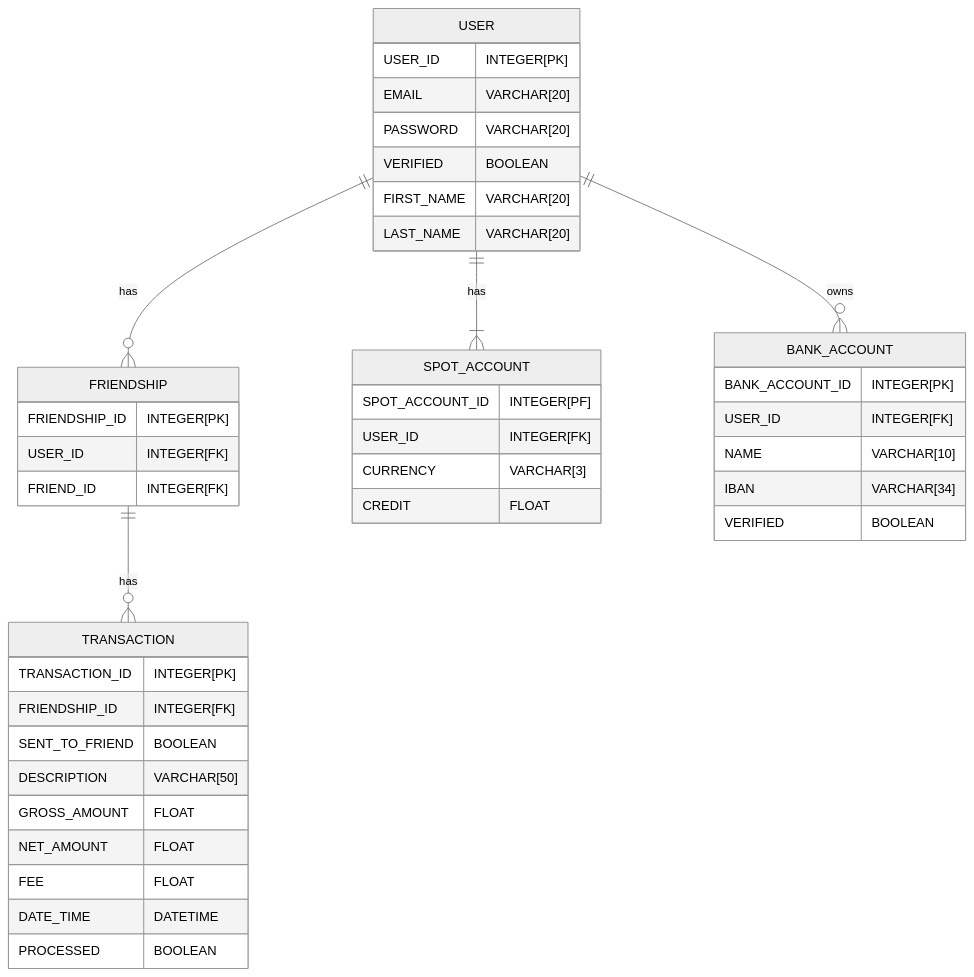
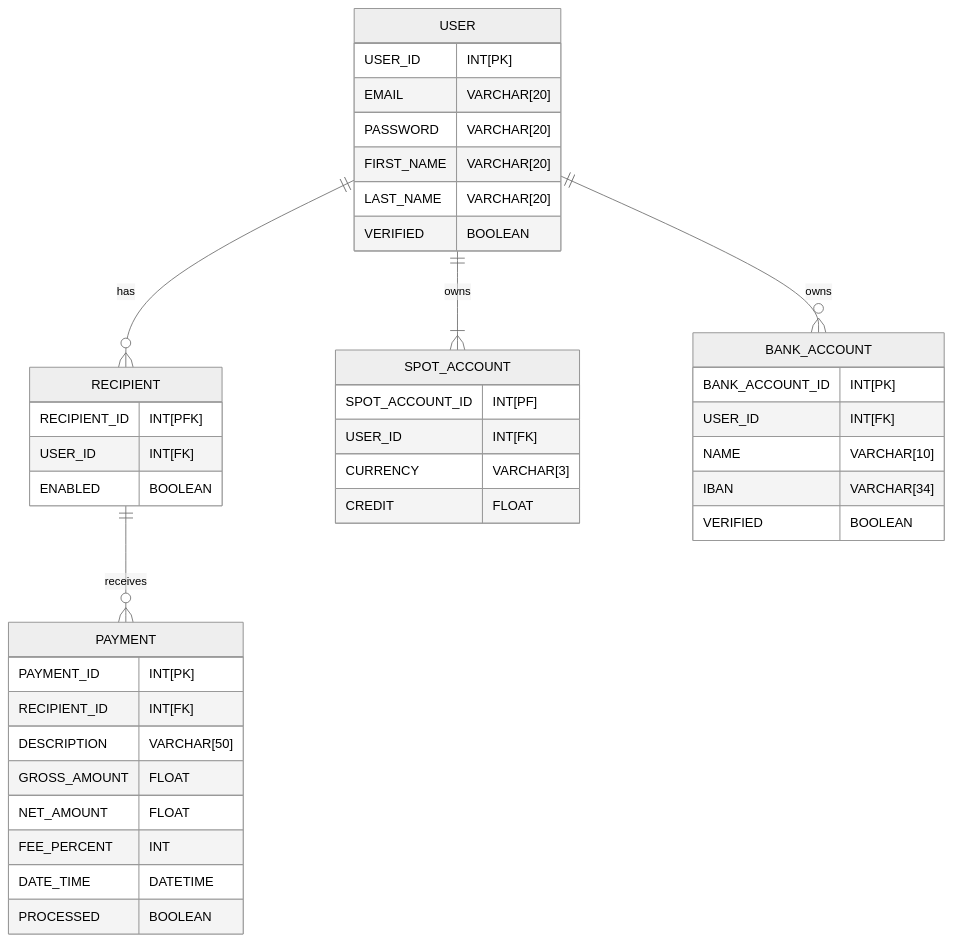
The second of 2 diagrams in README.md (mactepluke/pmb), drawn with Mermaid (neutral theme) before and after one commit. The commit also changed 13 other files, not shown here.

````diff
--- a/README.md
+++ b/README.md
@@ -51,47 +51,46 @@
 ```mermaid
 erDiagram
-    USER ||--o{ FRIENDSHIP : has
-    USER ||--|{ SPOT_ACCOUNT : has
-    FRIENDSHIP ||--o{ TRANSACTION : has
+    USER ||--o{ RECIPIENT : "has"
+    USER ||--|{ SPOT_ACCOUNT : owns
+    RECIPIENT ||--o{ PAYMENT : receives
     USER ||--o{ BANK_ACCOUNT : owns
 
     USER {
-        USER_ID INTEGER[PK]
+        USER_ID INT[PK]
         EMAIL VARCHAR[20]
         PASSWORD VARCHAR[20]
-        VERIFIED BOOLEAN
         FIRST_NAME VARCHAR[20]
         LAST_NAME VARCHAR[20]
+        VERIFIED BOOLEAN
 }
 SPOT_ACCOUNT {
-    SPOT_ACCOUNT_ID INTEGER[PF]
-    USER_ID INTEGER[FK]
+    SPOT_ACCOUNT_ID INT[PF]
+    USER_ID INT[FK]
     CURRENCY VARCHAR[3]
     CREDIT FLOAT
 }
-FRIENDSHIP  {
-    FRIENDSHIP_ID INTEGER[PK]
-    USER_ID INTEGER[FK]
-    FRIEND_ID INTEGER[FK]
+RECIPIENT  {
+    RECIPIENT_ID INT[PFK]
+    USER_ID INT[FK]
+    ENABLED BOOLEAN
 }
 
 BANK_ACCOUNT    {
-    BANK_ACCOUNT_ID INTEGER[PK]
-    USER_ID INTEGER[FK]
+    BANK_ACCOUNT_ID INT[PK]
+    USER_ID INT[FK]
     NAME VARCHAR[10]
     IBAN VARCHAR[34]
     VERIFIED BOOLEAN
 }
 
-TRANSACTION {
-    TRANSACTION_ID INTEGER[PK]
-    FRIENDSHIP_ID INTEGER[FK]
-    SENT_TO_FRIEND BOOLEAN
+PAYMENT {
+    PAYMENT_ID INT[PK]
+    RECIPIENT_ID INT[FK]
     DESCRIPTION VARCHAR[50]
     GROSS_AMOUNT FLOAT
     NET_AMOUNT FLOAT
-    FEE FLOAT
+    FEE_PERCENT INT
     DATE_TIME DATETIME
     PROCESSED BOOLEAN
 }
 ```
````
